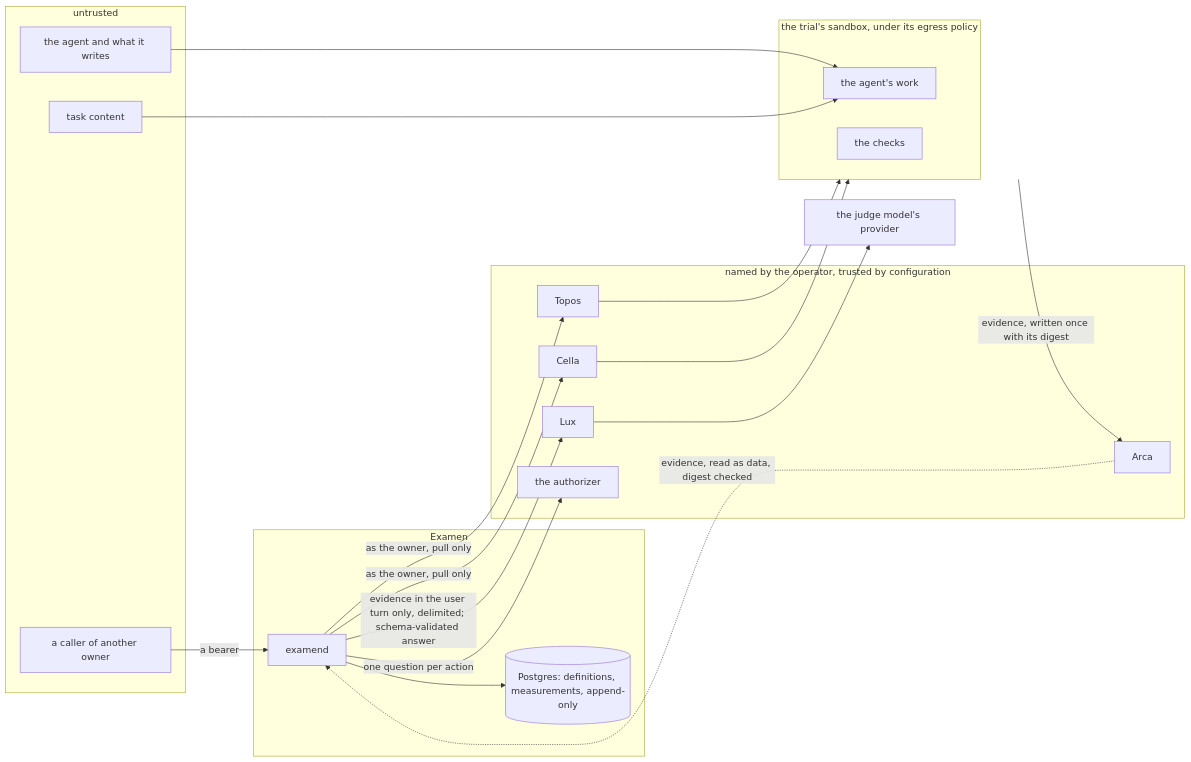
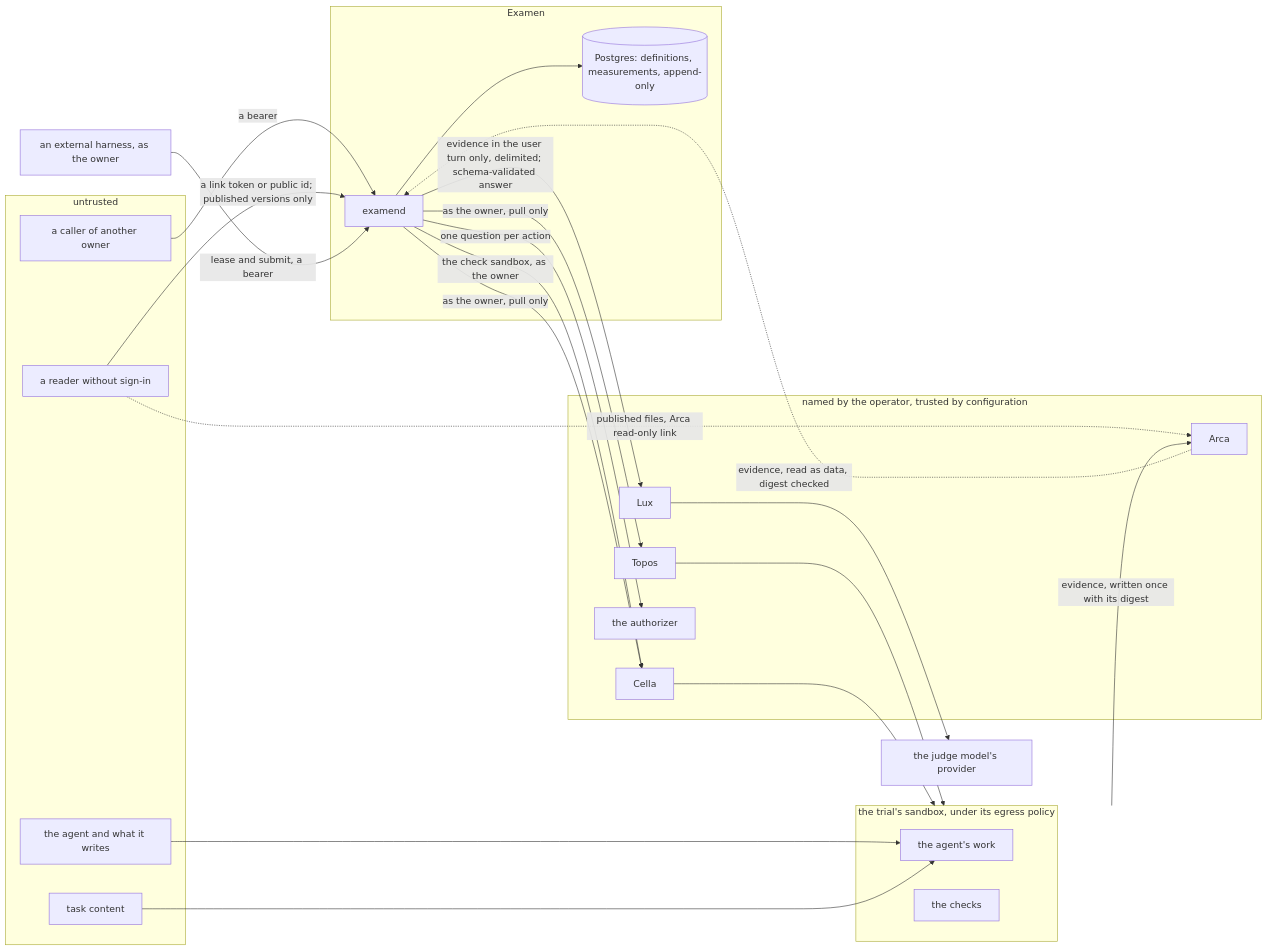
Before and after one commit to latere-ai/examen: the diagram in specs/012-security-and-threat-model.md, drawn with Mermaid. The commit also changed other lines of this file and 15 other files, not shown here.

````diff
--- a/specs/012-security-and-threat-model.md
+++ b/specs/012-security-and-threat-model.md
@@ -69,37 +74,43 @@
 ```mermaid
 flowchart LR
   subgraph untrusted["untrusted"]
     caller["a caller of another owner"]
+    reader["a reader without sign-in"]
     agent["the agent and what it writes"]
     content["task content"]
   end
   subgraph machine["the trial's sandbox, under its egress policy"]
     run["the agent's work"]
     checks["the checks"]
   end
   subgraph examen["Examen"]
     examend["examend"]
     pg[("Postgres: definitions, measurements, append-only")]
   end
   subgraph cores["named by the operator, trusted by configuration"]
     topos["Topos"]
     cella["Cella"]
     lux["Lux"]
     arca["Arca"]
     az["the authorizer"]
   end
   provider["the judge model's provider"]
+  harness["an external harness, as the owner"]
   caller -->|"a bearer"| examend
+  reader -->|"a link token or public id; published versions only"| examend
+  reader -. "published files, Arca read-only link" .-> arca
+  harness -->|"lease and submit, a bearer"| examend
+  examend -->|"the check sandbox, as the owner"| cella
   examend -->|"one question per action"| az
   examend -->|"as the owner, pull only"| topos
   examend -->|"as the owner, pull only"| cella
   topos --> machine
   cella --> machine
   agent --> run
   content --> run
   machine -->|"evidence, written once with its digest"| arca
   arca -. "evidence, read as data, digest checked" .-> examend
   examend -->|"evidence in the user turn only, delimited; schema-validated answer"| lux
   lux --> provider
   examend --> pg
 ```
````
